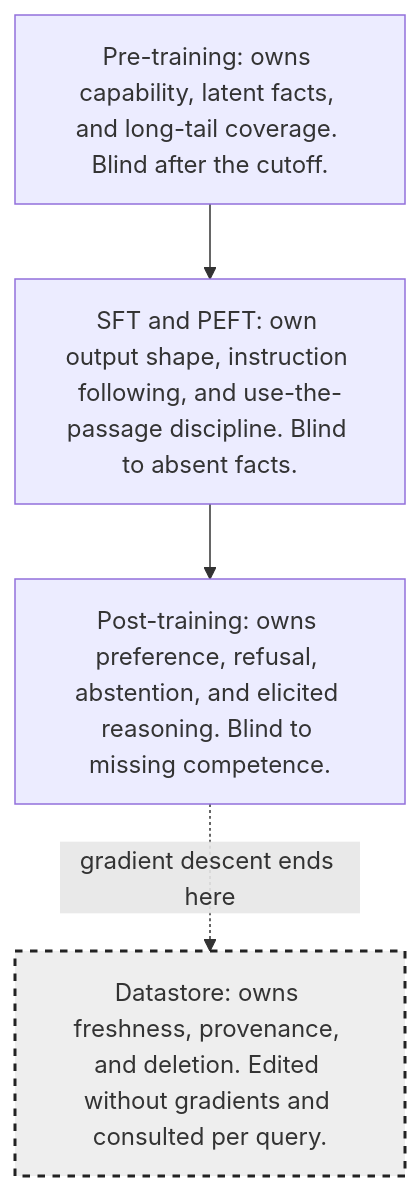
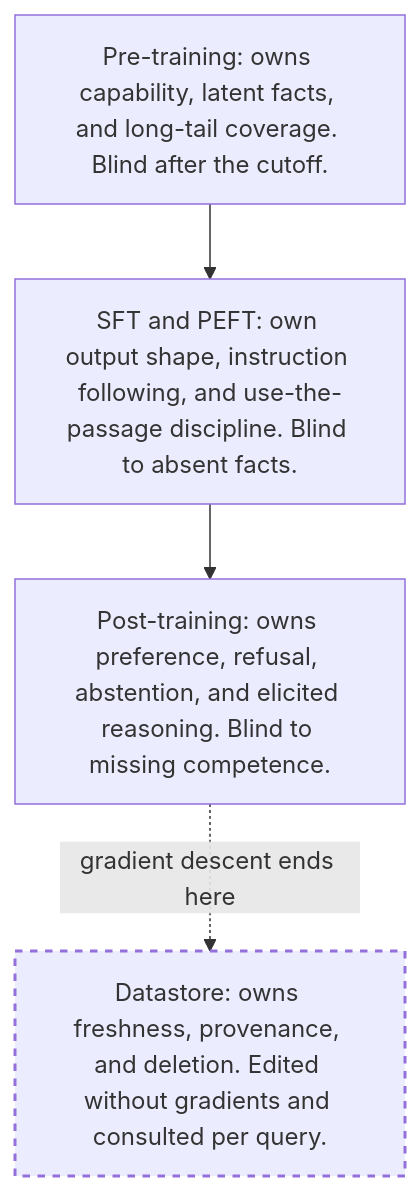
One commit to arunshar/rag-interview-chapters changed the first of 3 diagrams in chapters/04_what_the_llm_brings_and_what_it_breaks.md. Above: the diagram before and after it, drawn with Mermaid. The commit also changed other lines of this file and 14 other files, not shown here.

Commit message:
Fix Mermaid contrast across GitHub themes

````diff
--- a/chapters/04_what_the_llm_brings_and_what_it_breaks.md
+++ b/chapters/04_what_the_llm_brings_and_what_it_breaks.md
@@ -565,12 +565,12 @@
 ```mermaid
 flowchart TB
     A["Pre-training: owns capability, latent facts, and long-tail coverage. Blind after the cutoff."]
     B["SFT and PEFT: own output shape, instruction following, and use-the-passage discipline. Blind to absent facts."]
     C["Post-training: owns preference, refusal, abstention, and elicited reasoning. Blind to missing competence."]
     D["Datastore: owns freshness, provenance, and deletion. Edited without gradients and consulted per query."]
     A --> B
     B --> C
     C -. "gradient descent ends here" .-> D
-    classDef datastore fill:#eeeeee,stroke:#222222,stroke-width:2px,stroke-dasharray:5 5
+    classDef datastore stroke-width:2px,stroke-dasharray:5 5
     class D datastore
 ```
````
